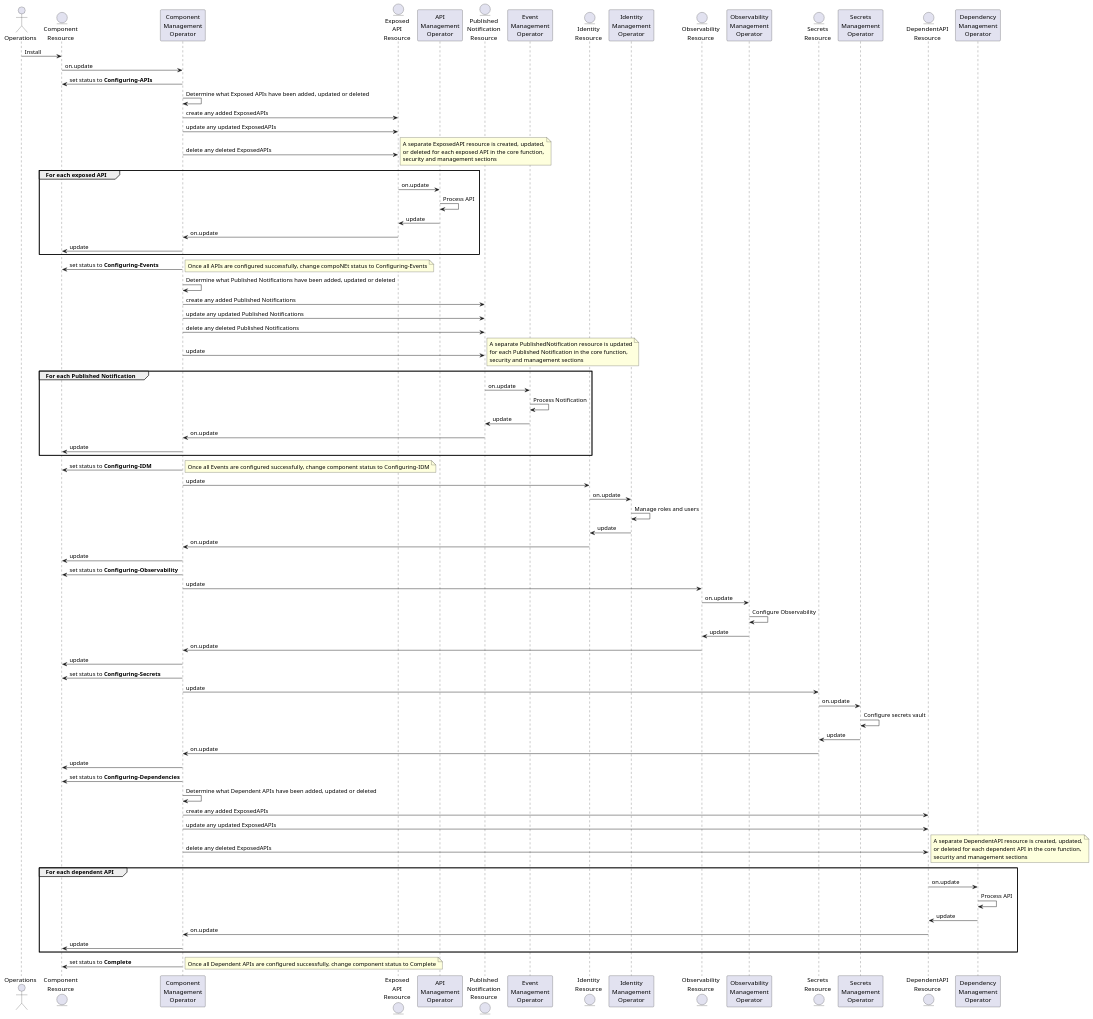
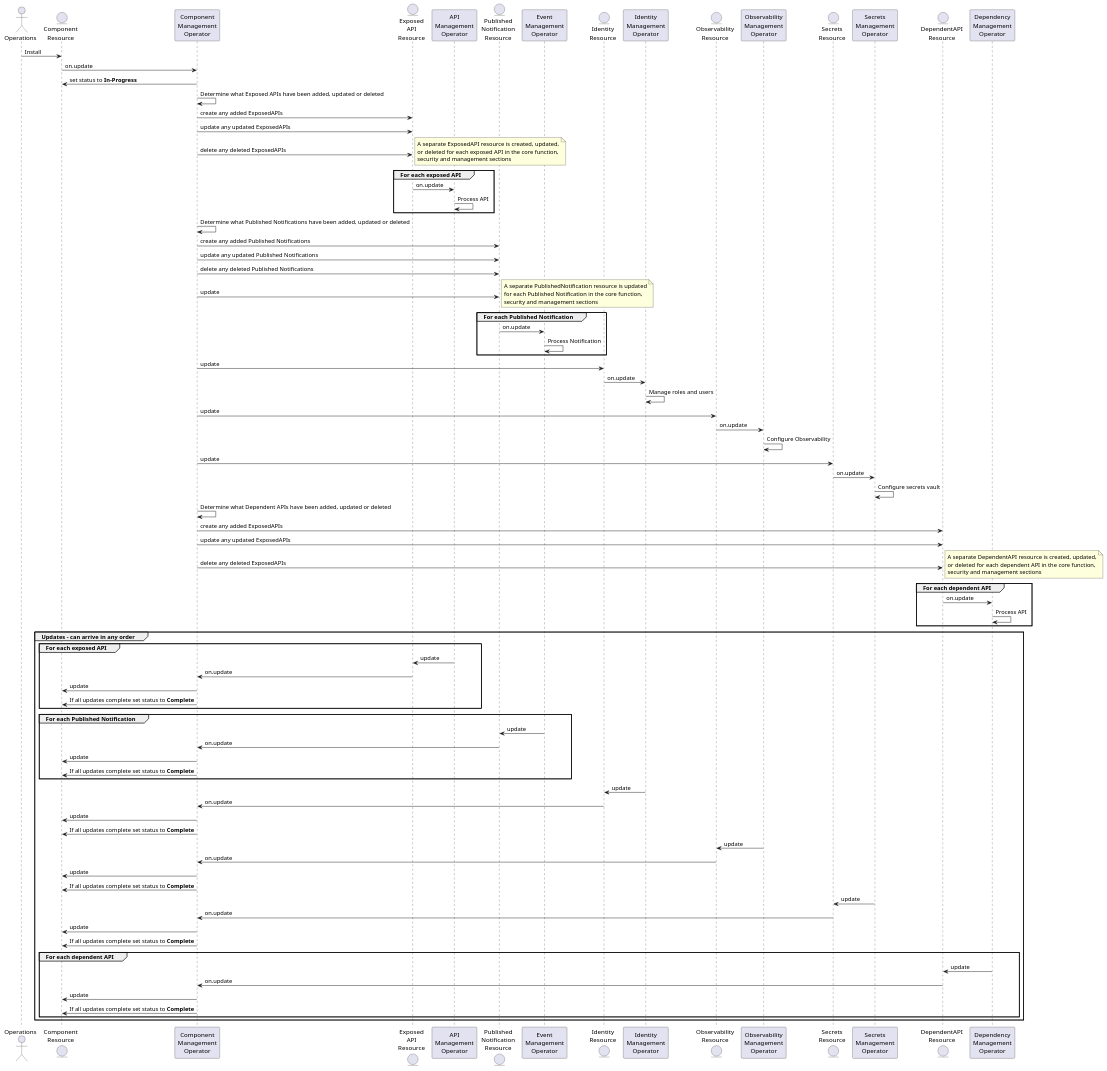
The diagram in usecase-library/pumlFiles/manage-components-update.puml (tmforum-oda/oda-canvas), drawn with PlantUML before and after one commit. The commit also changed 2 other files, not shown here.

Commit message:
Updated component lifecycle management to remove state machine with interim states.

```diff
--- a/usecase-library/pumlFiles/manage-components-update.puml
+++ b/usecase-library/pumlFiles/manage-components-update.puml
@@ -1,112 +1,119 @@
 @startuml
 
 actor Operations
 entity "Component\nResource" as Component
 participant "Component\nManagement\nOperator" as ComponentOperator
 entity "Exposed\nAPI\nResource" as ExposedAPI
 participant "API\nManagement\nOperator" as APIExposureOperator
 entity "Published\nNotification\nResource" as PublishedNotification
 participant "Event\nManagement\nOperator" as EventOperator
 entity "Identity\nResource" as Identity
 participant "Identity\nManagement\nOperator" as IdentityOperator
 entity "Observability\nResource" as Observability
 participant "Observability\nManagement\nOperator" as ObservabilityOperator
 entity "Secrets\nResource" as Secrets
 participant "Secrets\nManagement\nOperator" as SecretsOperator
 entity "DependentAPI\nResource" as DependentAPI
 participant "Dependency\nManagement\nOperator" as DependencyOperator
 
 
 Component <- Operations : Install
 Component -> ComponentOperator: on.update 
-Component <- ComponentOperator: set status to **Configuring-APIs** 
+Component <- ComponentOperator: set status to **In-Progress** 
 ComponentOperator -> ComponentOperator: Determine what Exposed APIs have been added, updated or deleted
 ComponentOperator -> ExposedAPI: create any added ExposedAPIs
 ComponentOperator -> ExposedAPI: update any updated ExposedAPIs
 ComponentOperator -> ExposedAPI: delete any deleted ExposedAPIs
 note right
     A separate ExposedAPI resource is created, updated,
     or deleted for each exposed API in the core function,
     security and management sections
 end note
 group For each exposed API
     ExposedAPI -> APIExposureOperator: on.update  
     APIExposureOperator -> APIExposureOperator: Process API
-    ExposedAPI <- APIExposureOperator: update
-    ComponentOperator <- ExposedAPI: on.update
-    Component <- ComponentOperator: update 
 end
-Component <- ComponentOperator: set status to **Configuring-Events** 
-note right
-    Once all APIs are configured successfully, change compoNEt status to Configuring-Events
-end note
+
 ComponentOperator -> ComponentOperator: Determine what Published Notifications have been added, updated or deleted
 ComponentOperator -> PublishedNotification: create any added Published Notifications
 ComponentOperator -> PublishedNotification: update any updated Published Notifications
 ComponentOperator -> PublishedNotification: delete any deleted Published Notifications
 
 ComponentOperator -> PublishedNotification: update
 note right
     A separate PublishedNotification resource is updated
     for each Published Notification in the core function,
     security and management sections
 end note
 group For each Published Notification
     PublishedNotification -> EventOperator: on.update 
     EventOperator -> EventOperator: Process Notification
-    PublishedNotification <- EventOperator: update
-    ComponentOperator <- PublishedNotification: on.update
-    Component <- ComponentOperator: update 
 end
-Component <- ComponentOperator: set status to **Configuring-IDM** 
-note right
-    Once all Events are configured successfully, change component status to Configuring-IDM
-end note
 
 ComponentOperator -> Identity: update
 Identity -> IdentityOperator: on.update
 IdentityOperator -> IdentityOperator: Manage roles and users
-Identity <- IdentityOperator: update
-ComponentOperator <- Identity: on.update
-Component <- ComponentOperator: update 
 
-Component <- ComponentOperator: set status to **Configuring-Observability** 
 ComponentOperator -> Observability: update
 Observability -> ObservabilityOperator: on.update
 ObservabilityOperator -> ObservabilityOperator: Configure Observability
-Observability <- ObservabilityOperator: update
-ComponentOperator <- Observability: on.update
-Component <- ComponentOperator: update 
 
-Component <- ComponentOperator: set status to **Configuring-Secrets** 
 ComponentOperator -> Secrets: update
 Secrets -> SecretsOperator: on.update
 SecretsOperator -> SecretsOperator: Configure secrets vault
-Secrets <- SecretsOperator: update
-ComponentOperator <- Secrets: on.update
-Component <- ComponentOperator: update 
-
-Component <- ComponentOperator: set status to **Configuring-Dependencies** 
 
 ComponentOperator -> ComponentOperator: Determine what Dependent APIs have been added, updated or deleted
 ComponentOperator -> DependentAPI: create any added ExposedAPIs
 ComponentOperator -> DependentAPI: update any updated ExposedAPIs
 ComponentOperator -> DependentAPI: delete any deleted ExposedAPIs
 note right
     A separate DependentAPI resource is created, updated,
     or deleted for each dependent API in the core function,
     security and management sections
 end note
 group For each dependent API
     DependentAPI -> DependencyOperator: on.update  
     DependencyOperator -> DependencyOperator: Process API
-    DependentAPI <- DependencyOperator: update
-    ComponentOperator <- DependentAPI: on.update
-    Component <- ComponentOperator: update 
 end
 
-Component <- ComponentOperator: set status to **Complete** 
-note right
-    Once all Dependent APIs are configured successfully, change component status to Complete
-end note
+
+
+group Updates - can arrive in any order
+    group For each exposed API
+        ExposedAPI <- APIExposureOperator: update
+        ComponentOperator <- ExposedAPI: on.update
+        Component <- ComponentOperator: update 
+        Component <- ComponentOperator: If all updates complete set status to **Complete** 
+    end
+
+    group For each Published Notification
+        PublishedNotification <- EventOperator: update
+        ComponentOperator <- PublishedNotification: on.update
+        Component <- ComponentOperator: update 
+        Component <- ComponentOperator: If all updates complete set status to **Complete** 
+    end
+
+    Identity <- IdentityOperator: update
+    ComponentOperator <- Identity: on.update
+    Component <- ComponentOperator: update
+    Component <- ComponentOperator: If all updates complete set status to **Complete** 
+
+    Observability <- ObservabilityOperator: update
+    ComponentOperator <- Observability: on.update
+    Component <- ComponentOperator: update 
+    Component <- ComponentOperator: If all updates complete set status to **Complete** 
+
+    Secrets <- SecretsOperator: update
+    ComponentOperator <- Secrets: on.update
+    Component <- ComponentOperator: update 
+    Component <- ComponentOperator: If all updates complete set status to **Complete** 
+
+    group For each dependent API
+        DependentAPI <- DependencyOperator: update
+        ComponentOperator <- DependentAPI: on.update
+        Component <- ComponentOperator: update 
+        Component <- ComponentOperator: If all updates complete set status to **Complete** 
+    end
+    
+End group
 @enduml
```
